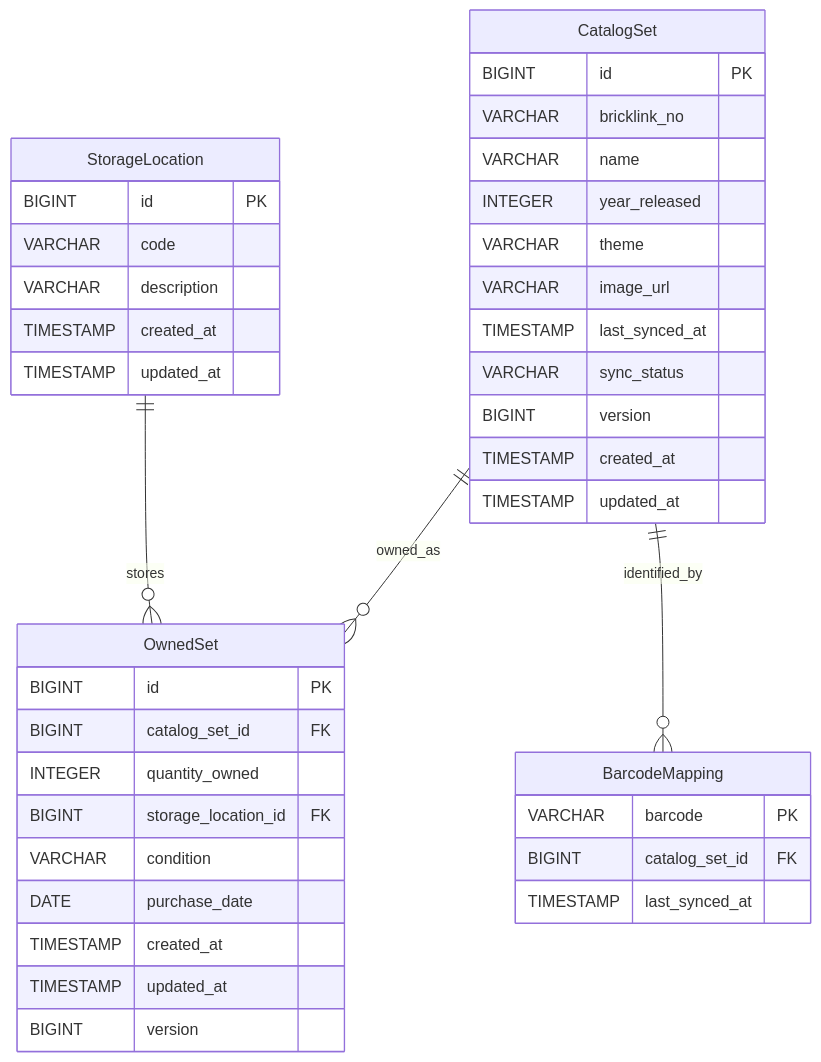
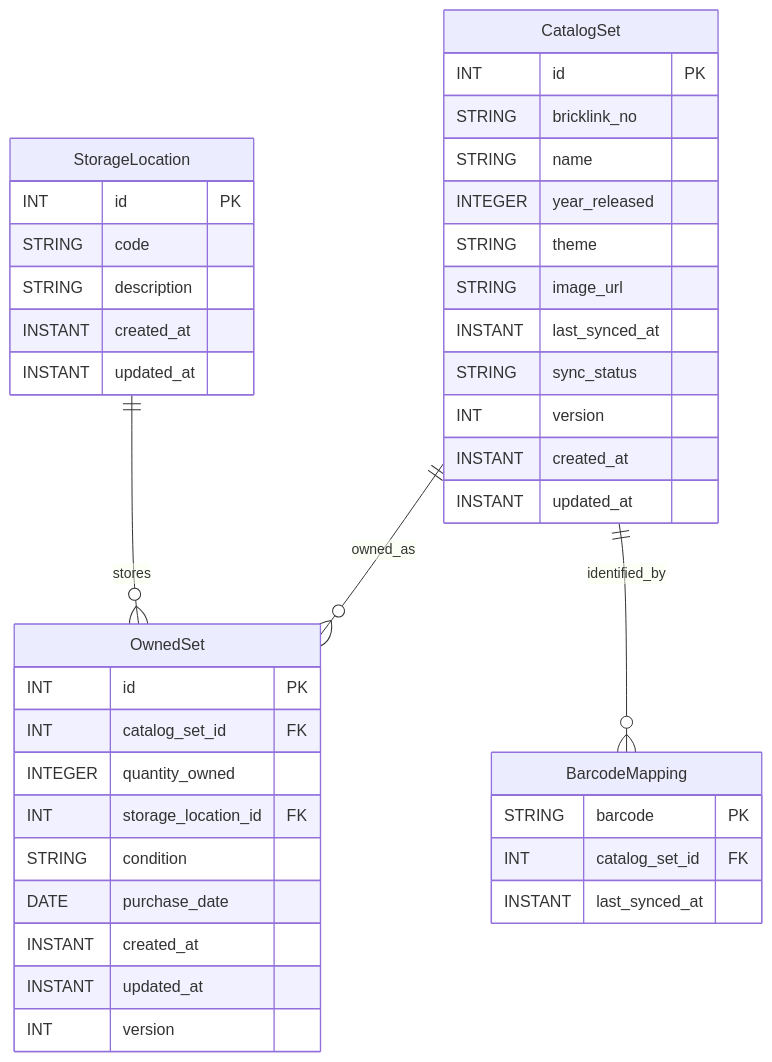
One commit to BriarCarlile/All_Things_Lego changed the diagram in applications/inventory/docs/set_inventory/inventory-domain-er.mmd. Above: the diagram before and after it, drawn with Mermaid. The commit also changed 4 other files, not shown here.

```diff
--- a/applications/inventory/docs/set_inventory/inventory-domain-er.mmd
+++ b/applications/inventory/docs/set_inventory/inventory-domain-er.mmd
@@ -1,45 +1,45 @@
 erDiagram
 
     CatalogSet ||--o{ OwnedSet : owned_as
     StorageLocation ||--o{ OwnedSet : stores
     CatalogSet ||--o{ BarcodeMapping : identified_by
 
     CatalogSet {
-        BIGINT id PK
-        VARCHAR bricklink_no
-        VARCHAR name
+        INT id PK
+        STRING bricklink_no
+        STRING name
         INTEGER year_released
-        VARCHAR theme
-        VARCHAR image_url
-        TIMESTAMP last_synced_at
-        VARCHAR sync_status
-        BIGINT version
-        TIMESTAMP created_at
-        TIMESTAMP updated_at
+        STRING theme
+        STRING image_url
+        INSTANT last_synced_at
+        STRING sync_status
+        INT version
+        INSTANT created_at
+        INSTANT updated_at
     }
 
     OwnedSet {
-        BIGINT id PK
-        BIGINT catalog_set_id FK
+        INT id PK
+        INT catalog_set_id FK
         INTEGER quantity_owned
-        BIGINT storage_location_id FK
-        VARCHAR condition
+        INT storage_location_id FK
+        STRING condition
         DATE purchase_date
-        TIMESTAMP created_at
-        TIMESTAMP updated_at
-        BIGINT version
+        INSTANT created_at
+        INSTANT updated_at
+        INT version
     }
 
     StorageLocation {
-        BIGINT id PK
-        VARCHAR code
-        VARCHAR description
-        TIMESTAMP created_at
-        TIMESTAMP updated_at
+        INT id PK
+        STRING code
+        STRING description
+        INSTANT created_at
+        INSTANT updated_at
     }
 
     BarcodeMapping {
-        VARCHAR barcode PK
-        BIGINT catalog_set_id FK
-        TIMESTAMP last_synced_at
+        STRING barcode PK
+        INT catalog_set_id FK
+        INSTANT last_synced_at
     }
```
